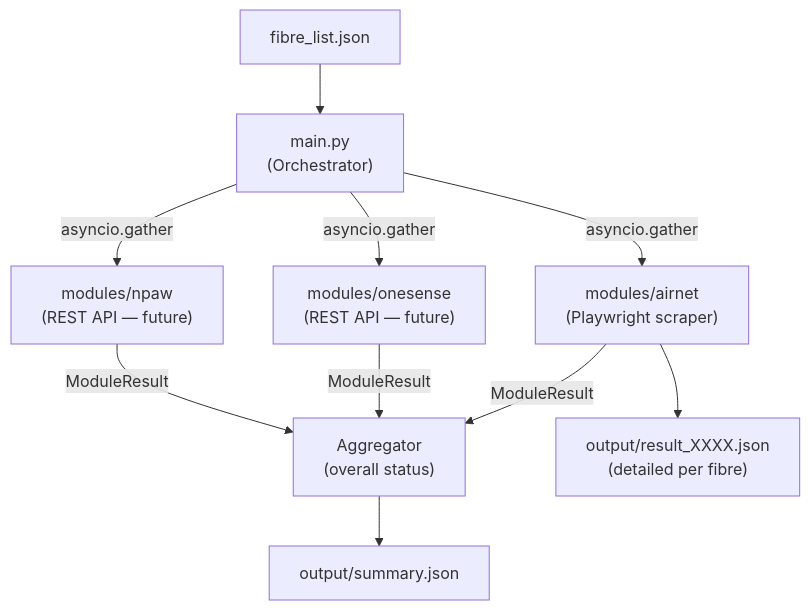
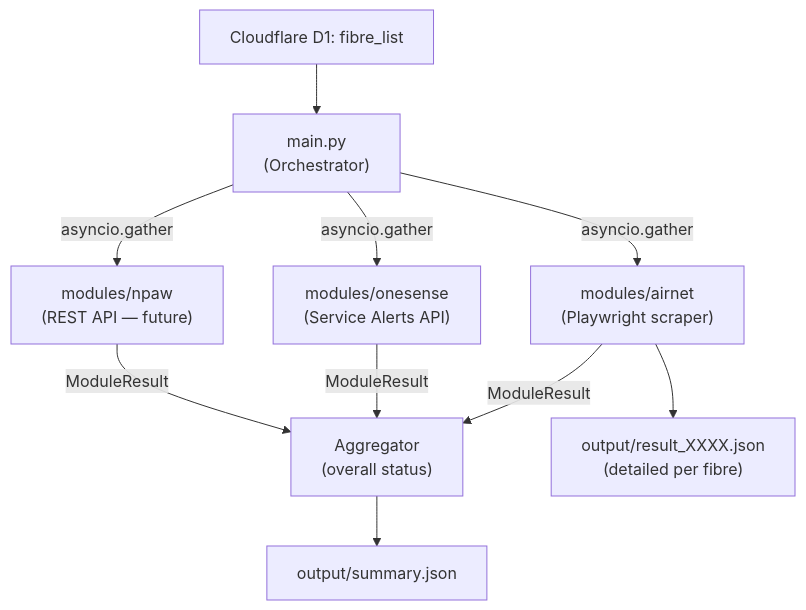
One commit to takdanae/vip-proactive-monitoring changed the diagram in README.md. Above: the diagram before and after it, drawn with Mermaid. The commit also changed other lines of this file and 5 other files, not shown here.

````diff
--- a/README.md
+++ b/README.md
@@ -10,15 +10,15 @@
 ```mermaid
 graph TD
     main["main.py\n(Orchestrator)"] -->|"asyncio.gather"| A["modules/airnet\n(Playwright scraper)"]
-    main -->|"asyncio.gather"| B["modules/onesense\n(REST API — future)"]
+    main -->|"asyncio.gather"| B["modules/onesense\n(Service Alerts API)"]
     main -->|"asyncio.gather"| C["modules/npaw\n(REST API — future)"]
 
     A -->|"ModuleResult"| AGG["Aggregator\n(overall status)"]
     B -->|"ModuleResult"| AGG
     C -->|"ModuleResult"| AGG
 
     AGG --> SUM["output/summary.json"]
     A --> DETAIL["output/result_XXXX.json\n(detailed per fibre)"]
 
-    IN["fibre_list.json"] --> main
+    IN["Cloudflare D1: fibre_list"] --> main
 ```
````
